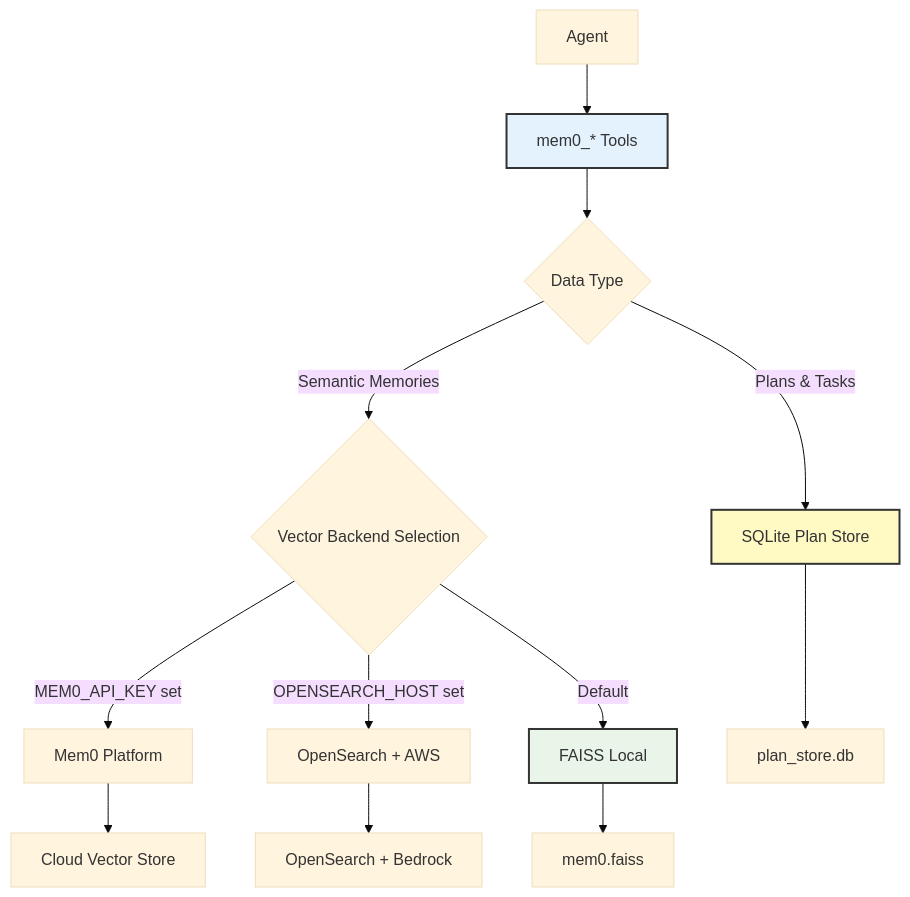
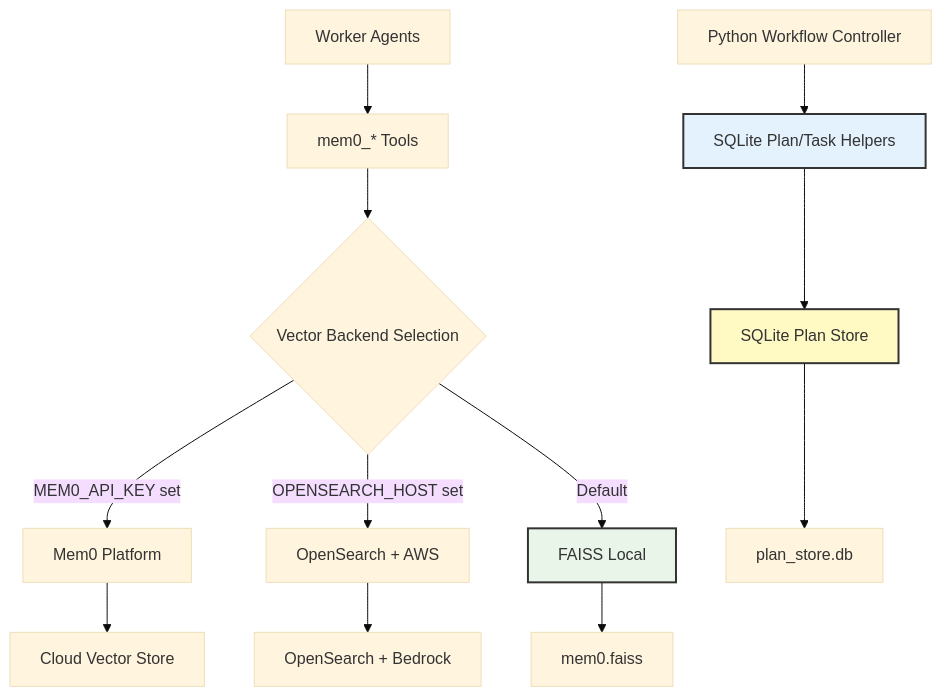
The first of 2 diagrams in docs/memory.md (double16/Cyber-AutoAgent-ng), drawn with Mermaid (base theme) before and after one commit. The commit also changed other lines of this file and 112 other files, not shown here.

Commit message:
Refactor to multi-agent workflow. (#200)

````diff
--- a/docs/memory.md
+++ b/docs/memory.md
@@ -18,21 +18,20 @@
 ```mermaid
 graph TD
-    A[Agent] --> B[mem0_* Tools]
-    B --> C{Data Type}
+    A[Python Workflow Controller] --> B[SQLite Plan/Task Helpers]
+    C[Worker Agents] --> D[mem0_* Tools]
+    B --> E[SQLite Plan Store]
+    D --> F{Vector Backend Selection}
 
-    C -->|Plans & Tasks| D[SQLite Plan Store]
-    C -->|Semantic Memories| E{Vector Backend Selection}
+    F -->|MEM0_API_KEY set| G[Mem0 Platform]
+    F -->|OPENSEARCH_HOST set| H[OpenSearch + AWS]
+    F -->|Default| I[FAISS Local]
 
-    E -->|MEM0_API_KEY set| F[Mem0 Platform]
-    E -->|OPENSEARCH_HOST set| G[OpenSearch + AWS]
-    E -->|Default| H[FAISS Local]
-
-    D --> I[plan_store.db]
-    F --> J[Cloud Vector Store]
-    G --> K[OpenSearch + Bedrock]
-    H --> L[mem0.faiss]
+    E --> J[plan_store.db]
+    G --> K[Cloud Vector Store]
+    H --> L[OpenSearch + Bedrock]
+    I --> M[mem0.faiss]
 
     style B fill:#e3f2fd,stroke:#333,stroke-width:2px
-    style D fill:#fff9c4,stroke:#333,stroke-width:2px
-    style H fill:#e8f5e8,stroke:#333,stroke-width:2px
+    style E fill:#fff9c4,stroke:#333,stroke-width:2px
+    style I fill:#e8f5e8,stroke:#333,stroke-width:2px
 ```
````
